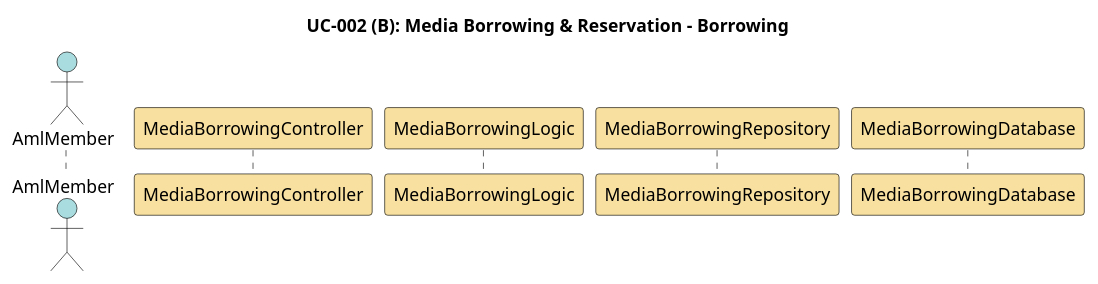
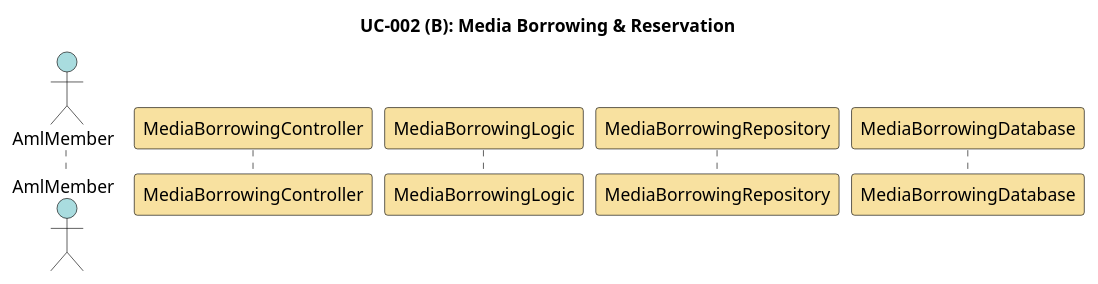
Before and after one commit to Nox-iv/group-11: the diagram in documentation/uml-sequence/media-borrowing/media-borrowing-2.puml, drawn with PlantUML. The commit also changed 2 other files, not shown here.

```diff
--- a/documentation/uml-sequence/media-borrowing/media-borrowing-2.puml
+++ b/documentation/uml-sequence/media-borrowing/media-borrowing-2.puml
@@ -1,28 +1,28 @@
-@startuml media-borrowing-sequence-2
+@startuml media-borrowing
 
 skinparam sequence {
     ActorBorderColor Black
     ActorBackgroundColor #A9DCDF
     ParticipantBorderColor Black
     ParticipantBackgroundColor #F8E1A0
     LifeLineBorderColor Black
     LifeLineBackgroundColor White
     NoteBorderColor Black
     NoteBackgroundColor #FEFECE
     ArrowColor Black
     ArrowThickness 1
     ActivationBorderColor Black
     ActivationBackgroundColor #B3E2CD
 }
 
-title UC-002 (B): Media Borrowing & Reservation - Borrowing
+title UC-002 (B): Media Borrowing & Reservation
 
 actor AmlMember as aml_member
 participant MediaBorrowingController as media_borrowing_controller
 participant MediaBorrowingLogic as media_borrowing_logic
 participant MediaBorrowingRepository as media_borrowing_repo
 participant MediaBorrowingDatabase as media_borrowing_db
 
 
 
 @enduml
```
